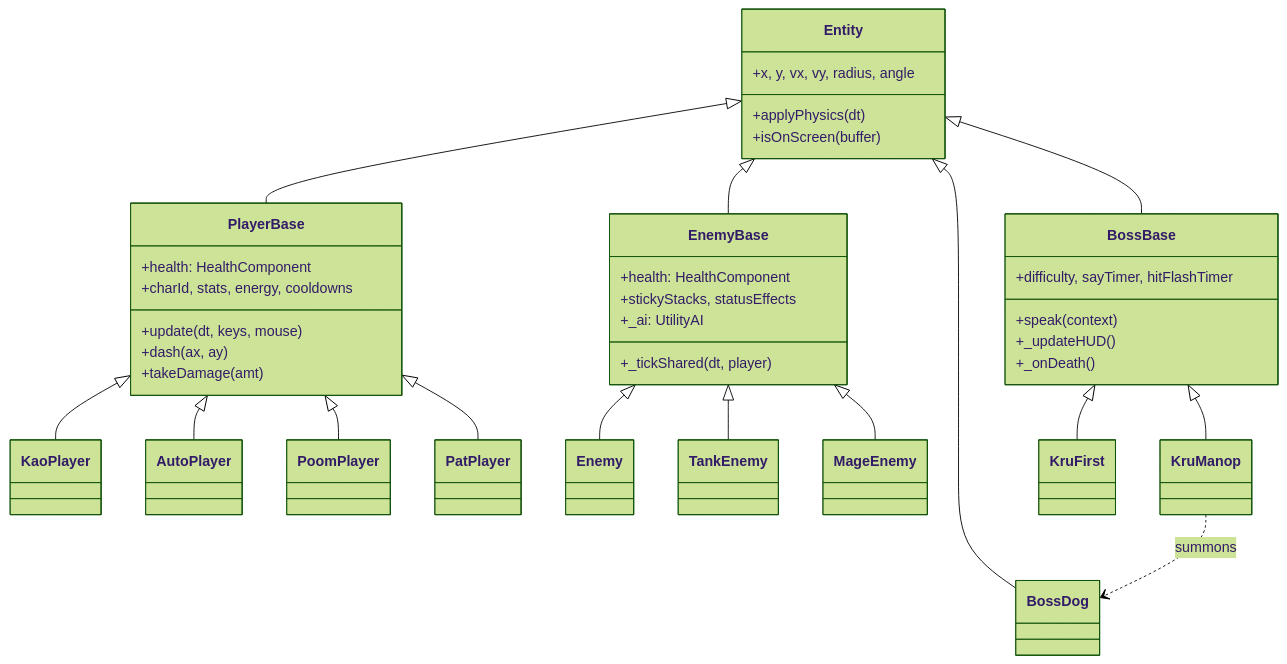
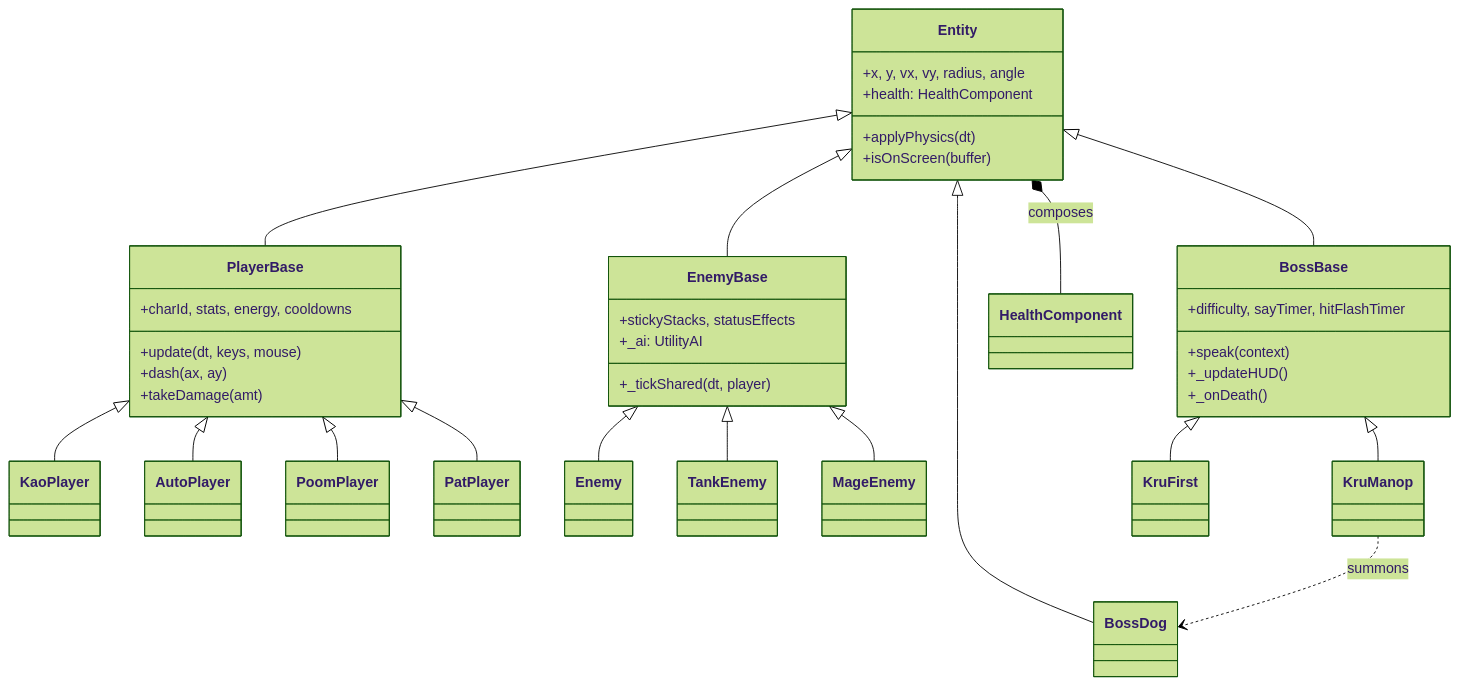
One commit to M1N-W/MTC-Game changed the diagram in Markdown Source/Information/PROJECT_OVERVIEW.md. Above: the diagram before and after it, drawn with Mermaid (forest theme). The commit also changed other lines of this file and 4 other files, not shown here.

````diff
--- a/Markdown Source/Information/PROJECT_OVERVIEW.md
+++ b/Markdown Source/Information/PROJECT_OVERVIEW.md
@@ -287,46 +287,46 @@
 ```mermaid
 classDiagram
     class Entity {
         +x, y, vx, vy, radius, angle
+        +health: HealthComponent
         +applyPhysics(dt)
         +isOnScreen(buffer)
     }
     class PlayerBase {
-        +health: HealthComponent
         +charId, stats, energy, cooldowns
         +update(dt, keys, mouse)
         +dash(ax, ay)
         +takeDamage(amt)
     }
     class EnemyBase {
-        +health: HealthComponent
         +stickyStacks, statusEffects
         +_ai: UtilityAI
         +_tickShared(dt, player)
     }
     class BossBase {
         +difficulty, sayTimer, hitFlashTimer
         +speak(context)
         +_updateHUD()
         +_onDeath()
     }
 
     Entity <|-- PlayerBase
     Entity <|-- EnemyBase
     Entity <|-- BossBase
     Entity <|-- BossDog
 
     PlayerBase <|-- KaoPlayer
     PlayerBase <|-- AutoPlayer
     PlayerBase <|-- PoomPlayer
     PlayerBase <|-- PatPlayer
 
     EnemyBase <|-- Enemy
     EnemyBase <|-- TankEnemy
     EnemyBase <|-- MageEnemy
 
     BossBase <|-- KruManop
     BossBase <|-- KruFirst
 
     KruManop ..> BossDog : summons
+    Entity *-- HealthComponent : composes
 ```
````
